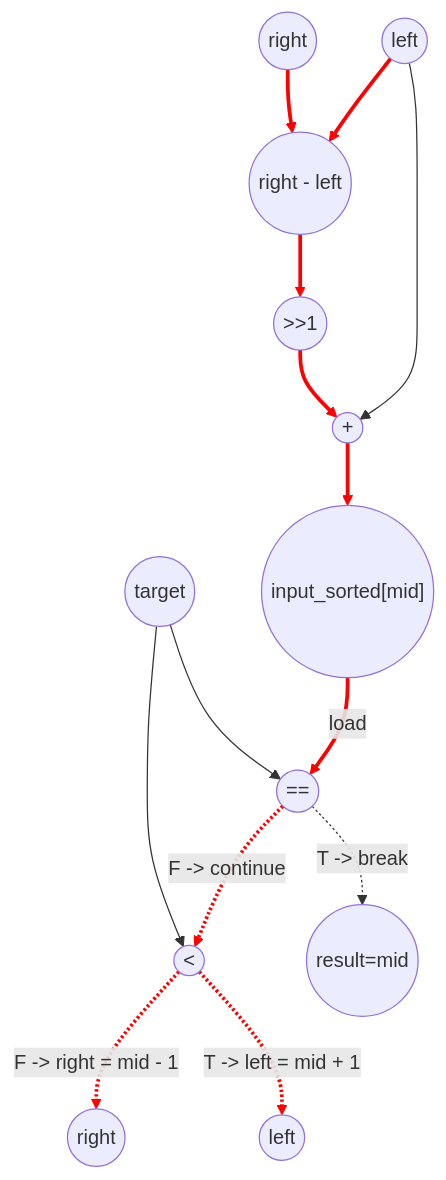
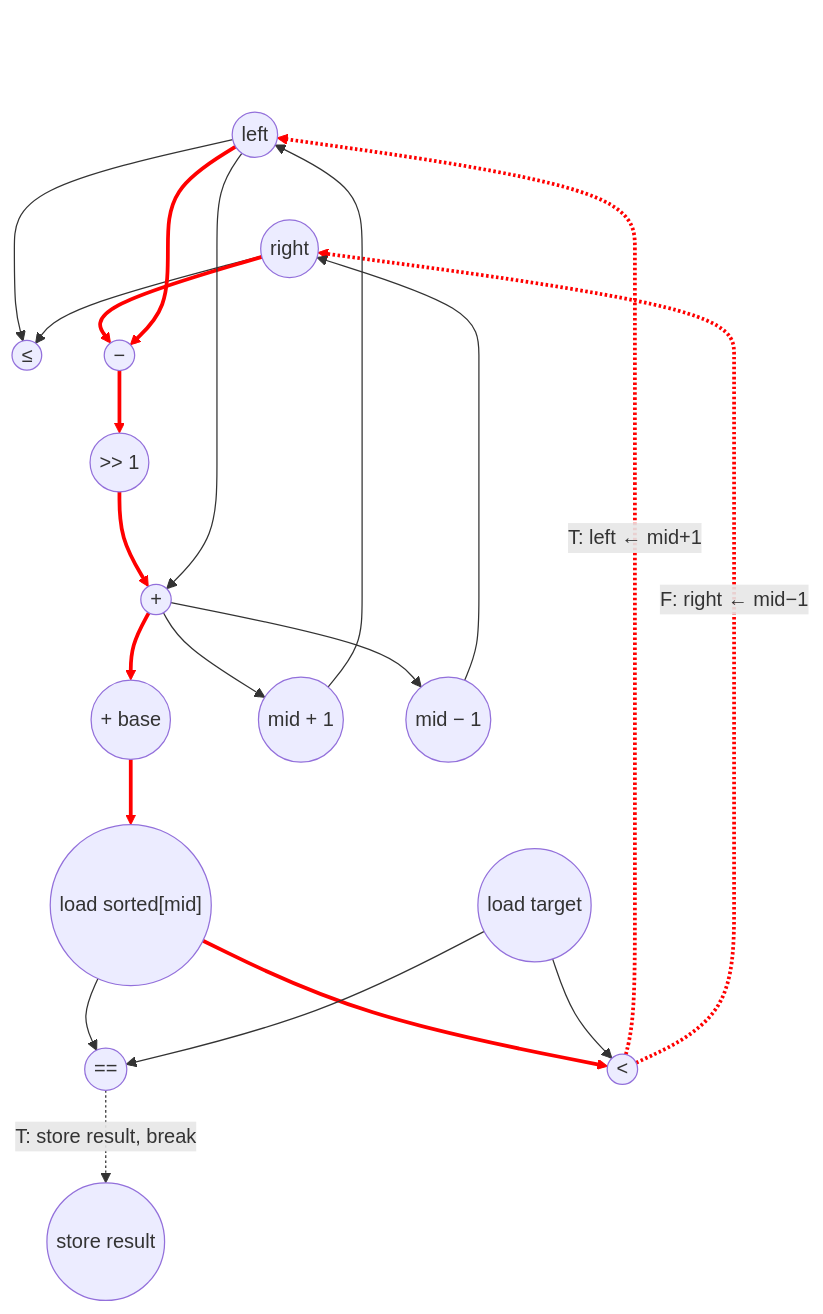
One commit to PolyArch/loom changed the diagram in tests/app/binary_search/binary_search_eval.md. Above: the diagram before and after it, drawn with Mermaid. The commit also changed other lines of this file and 1 other file, not shown here.

````diff
--- a/tests/app/binary_search/binary_search_eval.md
+++ b/tests/app/binary_search/binary_search_eval.md
@@ -22,40 +95,66 @@
 ```mermaid
 graph TD
-    %% input nodes
-    left_in(("left"))
-    right_in(("right"))
-    target(("target"))
-    sorted(("input_sorted[mid]"))
+    %% Formatting
+    top_anchor[" "]:::hidden
+    classDef hidden fill:transparent,stroke:transparent,color:transparent
+    top_anchor ~~~ left ~~~ right ~~~ target
 
-    %% computation nodes
-    add1((" + "))
-    div((">>1"))
-    sub1(("right - left"))
+    %% Carried-in scalars (per Convention 6, each named read is a 1-cycle load)
+    left(("left"))
+    right(("right"))
+    target(("load target"))
+
+    %% Body compute
+    cmp_le((" ≤ "))
+    sub((" − "))
+    shift((" >> 1 "))
+    add_mid((" + "))
+    addr((" + base "))
+    ld_sorted(("load sorted[mid]"))
     cmp_eq((" == "))
     cmp_lt((" < "))
-    %% exit_pred(("left ≤ right"))
+    add_p1((" mid + 1 "))
+    sub_m1((" mid − 1 "))
 
-    %% output nodes
-    left_out(("left"))
-    right_out(("right"))
-    result(("result=mid"))
+    %% Stores (carry-out)
+    st_result(("store result"))
 
-    %% calculate mid
-    left_in --> add1 & sub1
-    right_in --> sub1
-    sub1 --> div
-    div --> add1
+    %% Bound check (parallel with sub at cycle 2)
+    left --> cmp_le
+    right --> cmp_le
 
-    %% cmp_eq
-    add1 --> sorted
-    sorted -->|load| cmp_eq
-    target --> cmp_eq & cmp_lt
-    cmp_eq -.T -> break.-> result
-    cmp_eq -.F -> continue.-> cmp_lt
+    %% Compute mid
+    right --> sub
+    left --> sub
+    sub --> shift
+    shift --> add_mid
+    left --> add_mid
 
-    %% cmp_lt
-    cmp_lt -.T -> left = mid + 1.-> left_out
-    cmp_lt -.F -> right = mid - 1.-> right_out
+    %% Load sorted[mid]
+    add_mid --> addr
+    addr --> ld_sorted
 
-    linkStyle 1,2,3,4,5,6,10,11,12 stroke:#ff0000,stroke-width:3px;
+    %% Compare against target
+    ld_sorted --> cmp_eq
+    ld_sorted --> cmp_lt
+    target --> cmp_eq
+    target --> cmp_lt
+
+    %% Update arithmetic — fires in parallel with cmps (only needs mid)
+    add_mid --> add_p1
+    add_mid --> sub_m1
+
+    %% Break path
+    cmp_eq -. T: store result, break .-> st_result
+
+    %% Continue path (cmp_lt selects which scalar to update)
+    cmp_lt -. T: left ← mid+1 .-> left
+    cmp_lt -. F: right ← mid−1 .-> right
+    add_p1 --> left
+    sub_m1 --> right
+
+    %% Critical path (8-cycle body): load → sub → shift → add → addr → load → cmp → store
+    %% Edges: left/right→sub (5,6), sub→shift (7), shift→add_mid (8), add_mid→addr (10),
+    %% addr→ld_sorted (11), ld_sorted→cmp_lt (13), cmp_lt→left store-gate (19)
+    linkStyle 5,6,7,8,10,11,13,19,20 stroke:#ff0000,stroke-width:3px;
 ```
````
